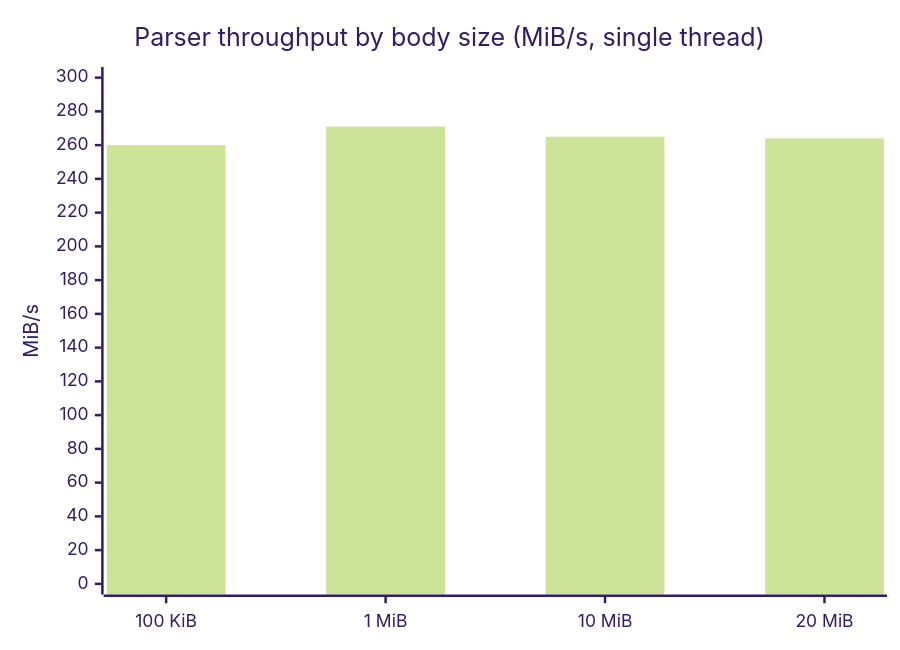
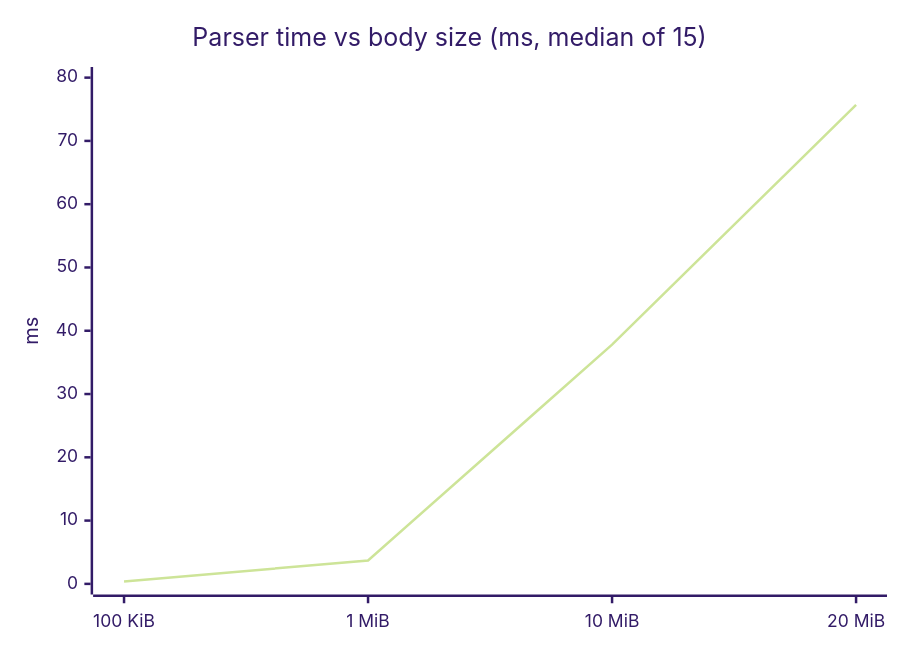
Before and after one commit to Vulcanite/ngx_json_guard: the fifth of 8 diagrams in DIAGRAMS.md, drawn with Mermaid (forest theme). The commit also changed other lines of this file and 16 other files, not shown here.

First line of the commit message:
Fix docs accuracy, add parser CI, and plot benchmarks as real charts

````diff
--- a/DIAGRAMS.md
+++ b/DIAGRAMS.md
@@ -111,7 +105,7 @@
 ```mermaid
 xychart-beta
-    title "Parser throughput by body size (MiB/s, single thread)"
+    title "Parser time vs body size (ms, median of 15)"
     x-axis ["100 KiB", "1 MiB", "10 MiB", "20 MiB"]
-    y-axis "MiB/s" 0 --> 300
-    bar [260, 271, 265, 264]
+    y-axis "ms" 0 --> 80
+    line [0.38, 3.7, 37.8, 75.7]
 ```
````
